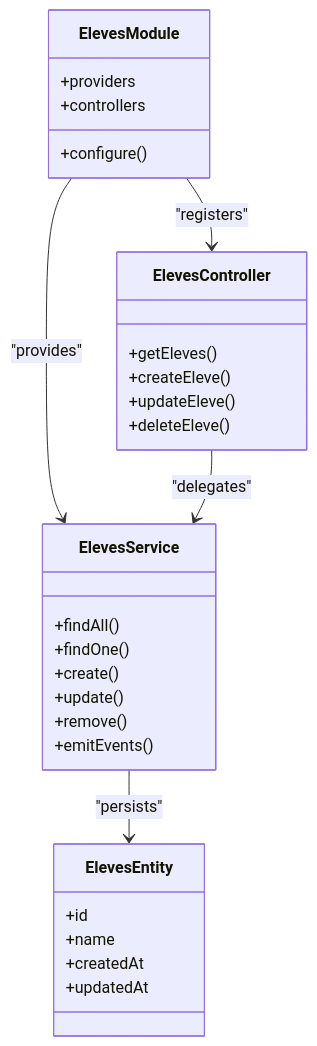
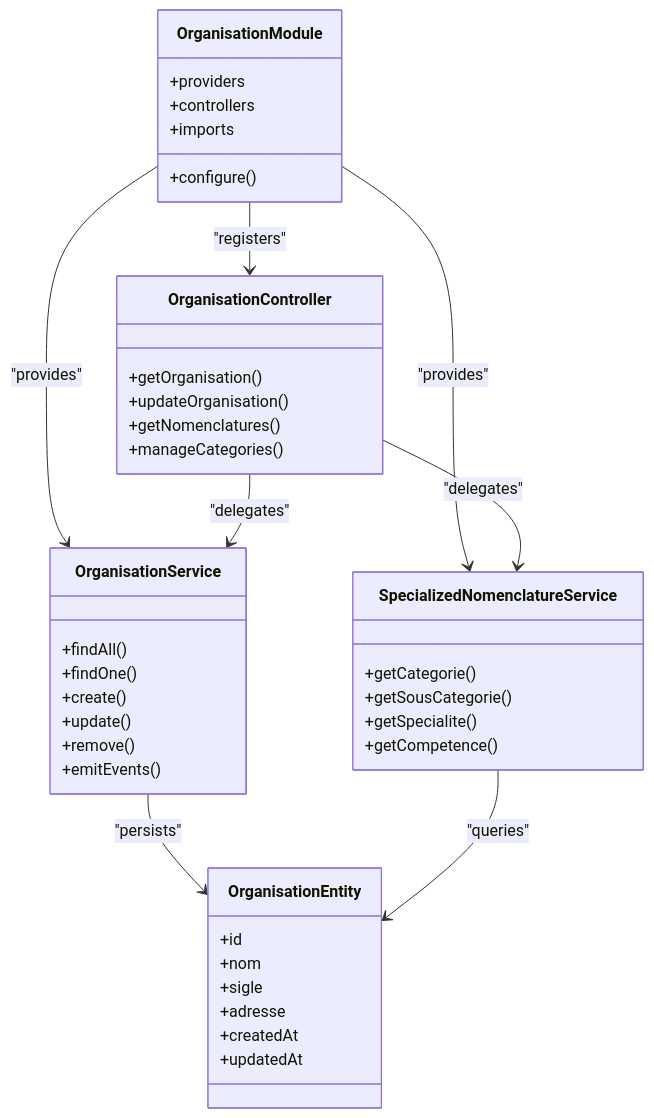
One commit to franckylab/eLISAschool changed the second of 17 diagrams in .qoder/repowiki/en/content/System Architecture/Backend Architecture/Backend Architecture.md. Above: the diagram before and after it, drawn with Mermaid. The commit also changed other lines of this file and 35 other files, not shown here.

First line of the commit message:
refactor(configuration): redistribuer la gestion de la configuration vers architecture distribuée

````diff
--- a/.qoder/repowiki/en/content/System Architecture/Backend Architecture/Backend Architecture.md
+++ b/.qoder/repowiki/en/content/System Architecture/Backend Architecture/Backend Architecture.md
@@ -155,32 +178,44 @@
 ```mermaid
 classDiagram
-class ElevesModule {
+class OrganisationModule {
 +configure()
 +providers
 +controllers
++imports
 }
-class ElevesController {
-+getEleves()
-+createEleve()
-+updateEleve()
-+deleteEleve()
+class OrganisationController {
++getOrganisation()
++updateOrganisation()
++getNomenclatures()
++manageCategories()
 }
-class ElevesService {
+class OrganisationService {
 +findAll()
 +findOne()
 +create()
 +update()
 +remove()
 +emitEvents()
 }
-class ElevesEntity {
+class SpecializedNomenclatureService {
++getCategorie()
++getSousCategorie()
++getSpecialite()
++getCompetence()
+}
+class OrganisationEntity {
 +id
-+name
++nom
++sigle
++adresse
 +createdAt
 +updatedAt
 }
-ElevesModule --> ElevesController : "registers"
-ElevesModule --> ElevesService : "provides"
-ElevesController --> ElevesService : "delegates"
-ElevesService --> ElevesEntity : "persists"
+OrganisationModule --> OrganisationController : "registers"
+OrganisationModule --> OrganisationService : "provides"
+OrganisationModule --> SpecializedNomenclatureService : "provides"
+OrganisationController --> OrganisationService : "delegates"
+OrganisationController --> SpecializedNomenclatureService : "delegates"
+OrganisationService --> OrganisationEntity : "persists"
+SpecializedNomenclatureService --> OrganisationEntity : "queries"
 ```
````
